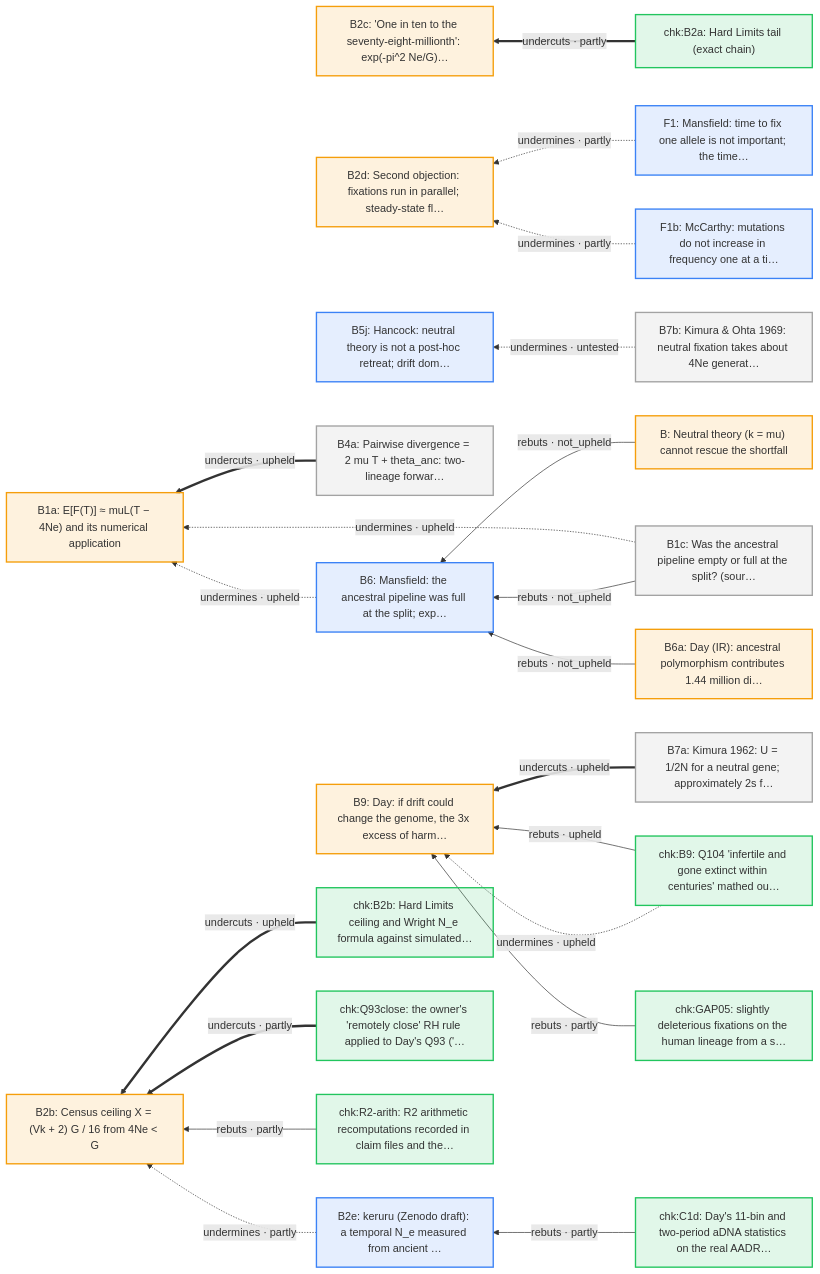
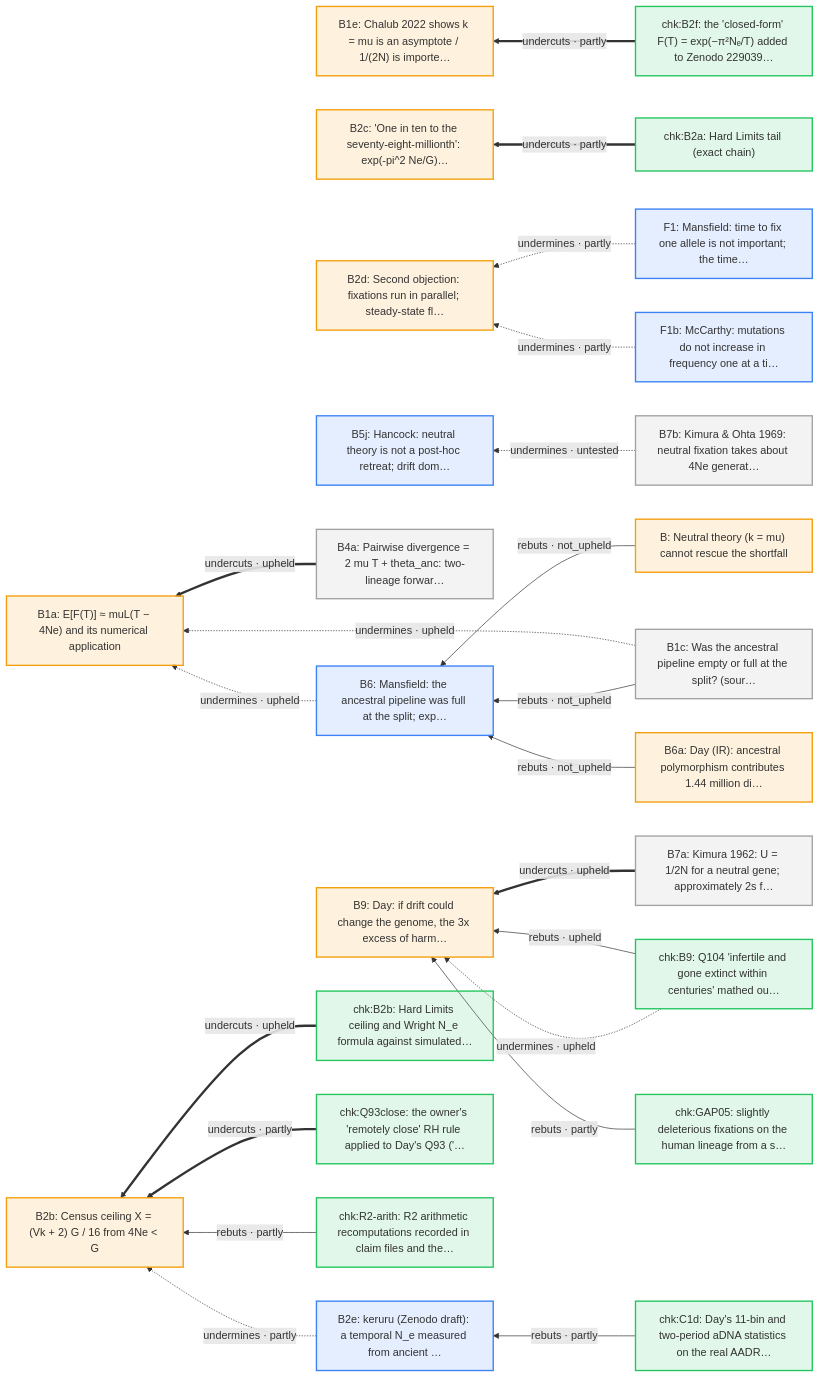
The fifth of 23 diagrams in docs/arguments/defeaters.md (nickallevato/evo-sim), drawn with Mermaid before and after one commit. The commit also changed other lines of this file and 30 other files, not shown here.

````diff
--- a/docs/arguments/defeaters.md
+++ b/docs/arguments/defeaters.md
@@ -247,50 +247,53 @@
 ```mermaid
 flowchart RL
   classDef day fill:#f59e0b22,stroke:#f59e0b,stroke-width:2px
   classDef ally fill:#d9770622,stroke:#d97706,stroke-width:2px
   classDef critic fill:#3b82f622,stroke:#3b82f6,stroke-width:2px
   classDef literature fill:#a3a3a322,stroke:#a3a3a3,stroke-width:2px
   classDef audit fill:#22c55e22,stroke:#22c55e,stroke-width:2px
   B["B: Neutral theory (k = mu) cannot rescue the shortfall"]:::day
   B1a["B1a: E[F(T)] ≈ muL(T − 4Ne) and its numerical application"]:::day
   B1c["B1c: Was the ancestral pipeline empty or full at the split? (sour…"]:::literature
+  B1e["B1e: Chalub 2022 shows k = mu is an asymptote / 1/(2N) is importe…"]:::day
   B2b["B2b: Census ceiling X = (Vk + 2) G / 16 from 4Ne < G"]:::day
   B2c["B2c: 'One in ten to the seventy-eight-millionth': exp(-pi^2 Ne/G)…"]:::day
   B2d["B2d: Second objection: fixations run in parallel; steady-state fl…"]:::day
   B2e["B2e: keruru (Zenodo draft): a temporal N_e measured from ancient …"]:::critic
   B4a["B4a: Pairwise divergence = 2 mu T + theta_anc: two-lineage forwar…"]:::literature
   B5j["B5j: Hancock: neutral theory is not a post-hoc retreat; drift dom…"]:::critic
   B6["B6: Mansfield: the ancestral pipeline was full at the split; exp…"]:::critic
   B6a["B6a: Day (IR): ancestral polymorphism contributes 1.44 million di…"]:::day
   B7a["B7a: Kimura 1962: U = 1/2N for a neutral gene; approximately 2s f…"]:::literature
   B7b["B7b: Kimura & Ohta 1969: neutral fixation takes about 4Ne generat…"]:::literature
   B9["B9: Day: if drift could change the genome, the 3x excess of harm…"]:::day
   F1["F1: Mansfield: time to fix one allele is not important; the time…"]:::critic
   F1b["F1b: McCarthy: mutations do not increase in frequency one at a ti…"]:::critic
   chk_B2a["chk:B2a: Hard Limits tail (exact chain)"]:::audit
   chk_B2b["chk:B2b: Hard Limits ceiling and Wright N_e formula against simulated…"]:::audit
+  chk_B2f["chk:B2f: the 'closed-form' F(T) = exp(−π²Nₑ/T) added to Zenodo 229039…"]:::audit
   chk_B9["chk:B9: Q104 'infertile and gone extinct within centuries' mathed ou…"]:::audit
   chk_C1d["chk:C1d: Day's 11-bin and two-period aDNA statistics on the real AADR…"]:::audit
   chk_GAP05["chk:GAP05: slightly deleterious fixations on the human lineage from a s…"]:::audit
   chk_Q93close["chk:Q93close: the owner's 'remotely close' RH rule applied to Day's Q93 ('…"]:::audit
   chk_R2_arith["chk:R2-arith: R2 arithmetic recomputations recorded in claim files and the…"]:::audit
   B7b -.->|"undermines · untested"| B5j
   B7a ==>|"undercuts · upheld"| B9
   chk_B9 -->|"rebuts · upheld"| B9
   chk_B9 -.->|"undermines · upheld"| B9
   chk_GAP05 -->|"rebuts · partly"| B9
   B1c -.->|"undermines · upheld"| B1a
   B4a ==>|"undercuts · upheld"| B1a
   B6 -.->|"undermines · upheld"| B1a
+  chk_B2f ==>|"undercuts · partly"| B1e
   B -->|"rebuts · not_upheld"| B6
   B6a -->|"rebuts · not_upheld"| B6
   B1c -->|"rebuts · not_upheld"| B6
   chk_R2_arith -->|"rebuts · partly"| B2b
   B2e -.->|"undermines · partly"| B2b
   chk_B2b ==>|"undercuts · upheld"| B2b
   chk_Q93close ==>|"undercuts · partly"| B2b
   chk_B2a ==>|"undercuts · partly"| B2c
   F1 -.->|"undermines · partly"| B2d
   F1b -.->|"undermines · partly"| B2d
   chk_C1d -->|"rebuts · partly"| B2e
 ```
````
